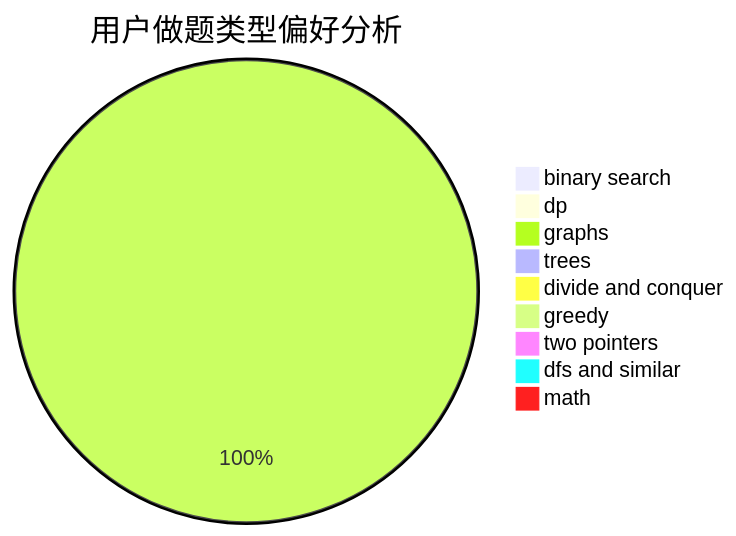
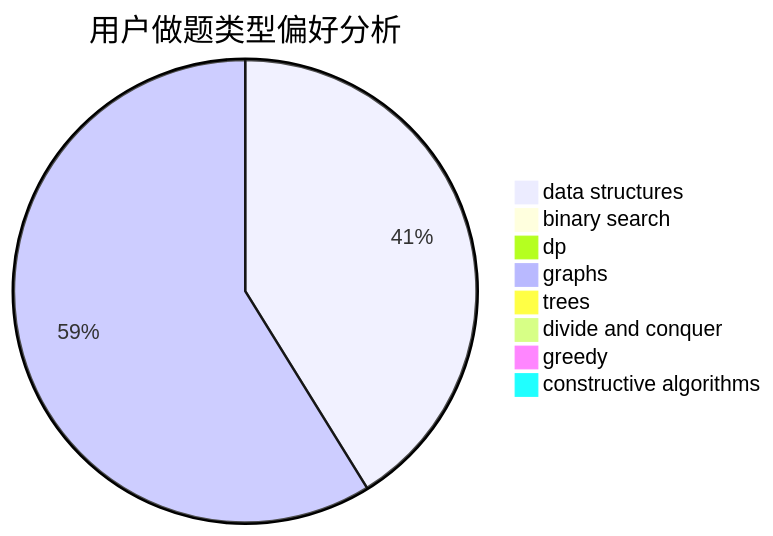
Before and after one commit to sherpahu/cfrs.github.io: the second of 3 diagrams in docs/user/u769.md, drawn with Mermaid. The commit also changed other lines of this file and 2775 other files, not shown here.

````diff
--- a/docs/user/u769.md
+++ b/docs/user/u769.md
@@ -23,12 +23,11 @@
 ```mermaid
 pie title 用户做题类型偏好分析
+    "data structures" :  7
     "binary search" :  0
     "dp" :  0
     "graphs" :  10
     "trees" :  0
     "divide and conquer" :  0
     "greedy" :  0
-    "two pointers" :  0
-    "dfs and similar" :  0
-    "math" :  0
+    "constructive algorithms" :  0
 ```
````
